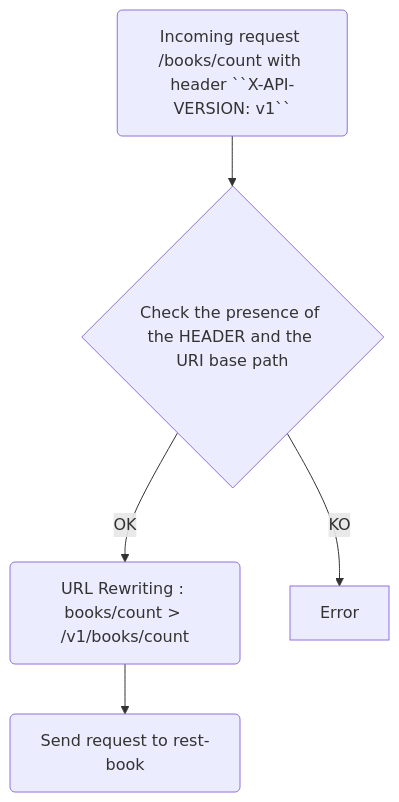
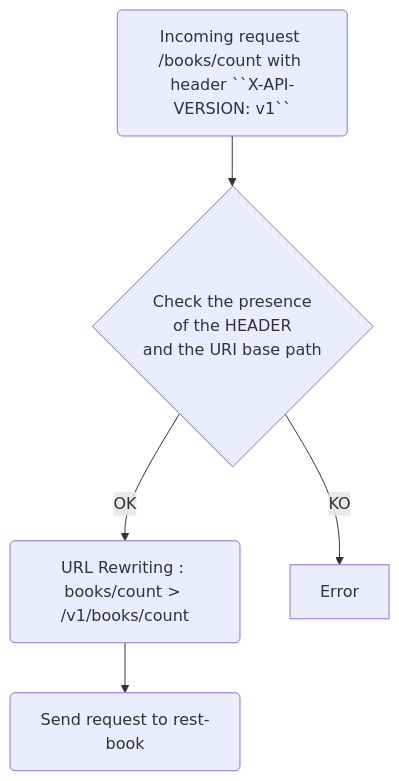
One commit to alexandre-touret/rest-apis-versioning-workshop changed the diagram in docs/02-first_version.md. Above: the diagram before and after it, drawn with Mermaid.

````diff
--- a/docs/02-first_version.md
+++ b/docs/02-first_version.md
@@ -286,8 +286,8 @@
 ```mermaid
 flowchart TD
-    A(Incoming request /books/count with header ``X-API-VERSION: v1``) --> B{Check the presence of the HEADER and the URI base path}
+    A(Incoming request /books/count with header ``X-API-VERSION: v1``) --> B{Check the presence \n of the HEADER \n and the URI base path}
     B -->|OK| C(URL Rewriting : books/count > /v1/books/count )
     B -->|KO| D[Error]
     C -->E(Send request to rest-book)
 
 ```
````
